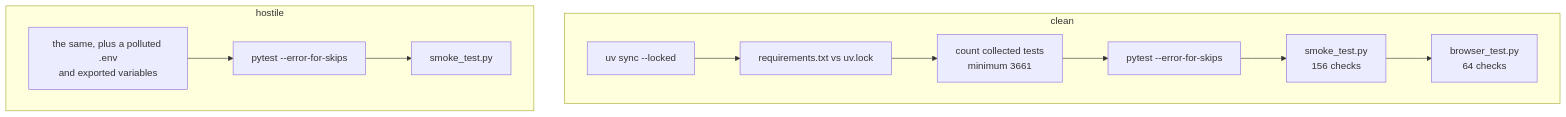
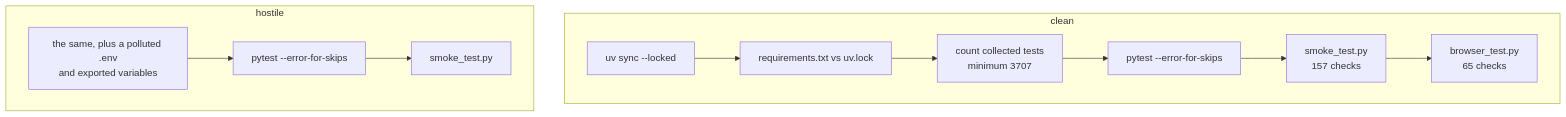
One commit to IAMN1/link-shortener changed the diagram in docs/testing.md. Above: the diagram before and after it, drawn with Mermaid. The commit also changed other lines of this file and 35 other files, not shown here.

````diff
--- a/docs/testing.md
+++ b/docs/testing.md
@@ -409,12 +409,12 @@
 ```mermaid
 flowchart TD
     subgraph clean["clean"]
         C1[uv sync --locked] --> C2[requirements.txt vs uv.lock]
-        C2 --> C3[count collected tests<br/>minimum 3661] --> C4[pytest --error-for-skips]
-        C4 --> C5[smoke_test.py<br/>156 checks] --> C6[browser_test.py<br/>64 checks]
+        C2 --> C3[count collected tests<br/>minimum 3707] --> C4[pytest --error-for-skips]
+        C4 --> C5[smoke_test.py<br/>157 checks] --> C6[browser_test.py<br/>65 checks]
     end
     subgraph hostile["hostile"]
         H1[the same, plus a polluted .env<br/>and exported variables] --> H2[pytest --error-for-skips]
         H2 --> H3[smoke_test.py]
     end
 ```
````
